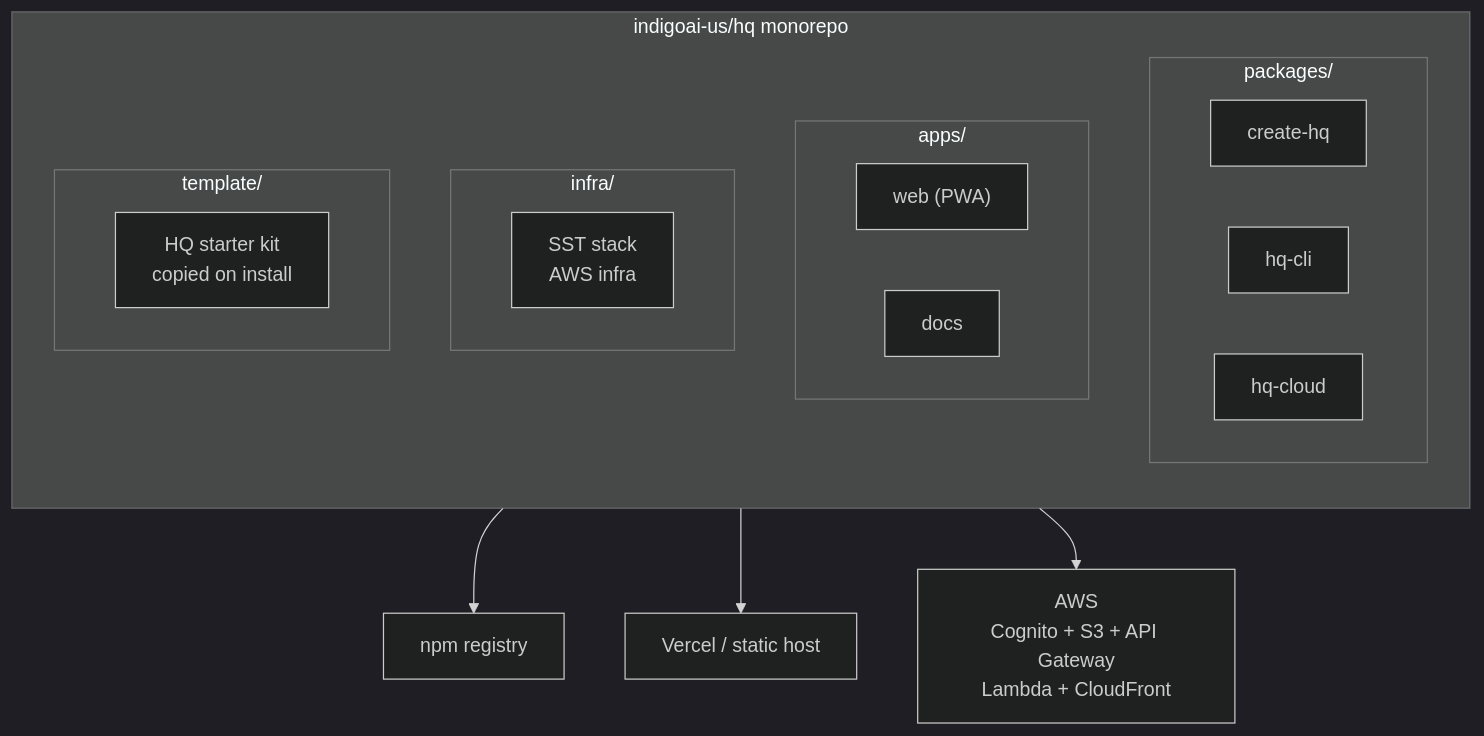
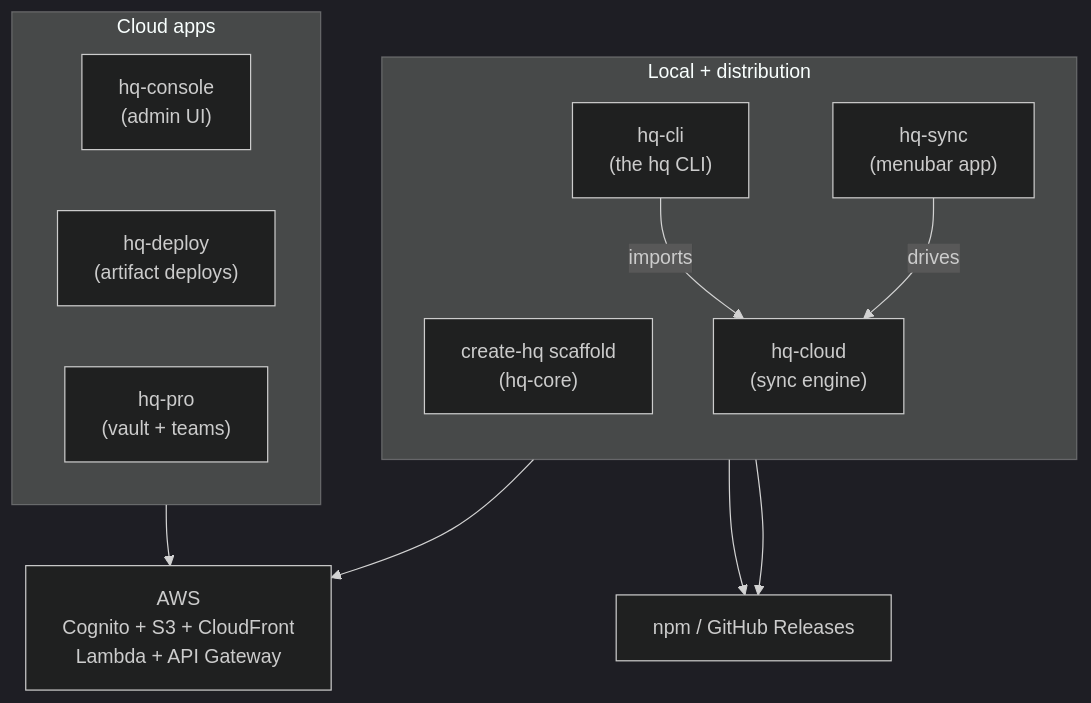
The first of 6 diagrams in src/content/docs/hq/architecture/1-overview.mdx (indigoai-us/indigo-docs), drawn with Mermaid (dark theme) before and after one commit. The commit also changed other lines of this file and 7 other files, not shown here.

First line of the commit message:
docs(US-001): de-monorepo the Architecture section

````diff
--- a/src/content/docs/hq/architecture/1-overview.mdx
+++ b/src/content/docs/hq/architecture/1-overview.mdx
@@ -10,24 +10,21 @@
 ```mermaid
 graph TD
-    subgraph repo["indigoai-us/hq monorepo"]
+    subgraph local["Local + distribution"]
         direction TB
-        subgraph packages["packages/"]
-            createhq["create-hq"]
-            hqcli["hq-cli"]
-            hqcloud["hq-cloud"]
-        end
-        subgraph apps["apps/"]
-            web["web (PWA)"]
-            docs["docs"]
-        end
-        subgraph infra["infra/"]
-            sst["SST stack<br/>AWS infra"]
-        end
-        subgraph template["template/"]
-            starter["HQ starter kit<br/>copied on install"]
-        end
+        createhq["create-hq scaffold<br/>(hq-core)"]
+        hqcli["hq-cli<br/>(the hq CLI)"]
+        hqcloud["hq-cloud<br/>(sync engine)"]
+        hqsync["hq-sync<br/>(menubar app)"]
+        hqcli -->|imports| hqcloud
+        hqsync -->|drives| hqcloud
     end
-    packages --> npm["npm registry"]
-    apps --> hosting["Vercel / static host"]
-    infra --> aws["AWS<br/>Cognito + S3 + API Gateway<br/>Lambda + CloudFront"]
+    subgraph cloudapps["Cloud apps"]
+        console["hq-console<br/>(admin UI)"]
+        deploy["hq-deploy<br/>(artifact deploys)"]
+        pro["hq-pro<br/>(vault + teams)"]
+    end
+    createhq --> npm["npm / GitHub Releases"]
+    hqcli --> npm
+    cloudapps --> aws["AWS<br/>Cognito + S3 + CloudFront<br/>Lambda + API Gateway"]
+    hqcloud --> aws
 ```
````
